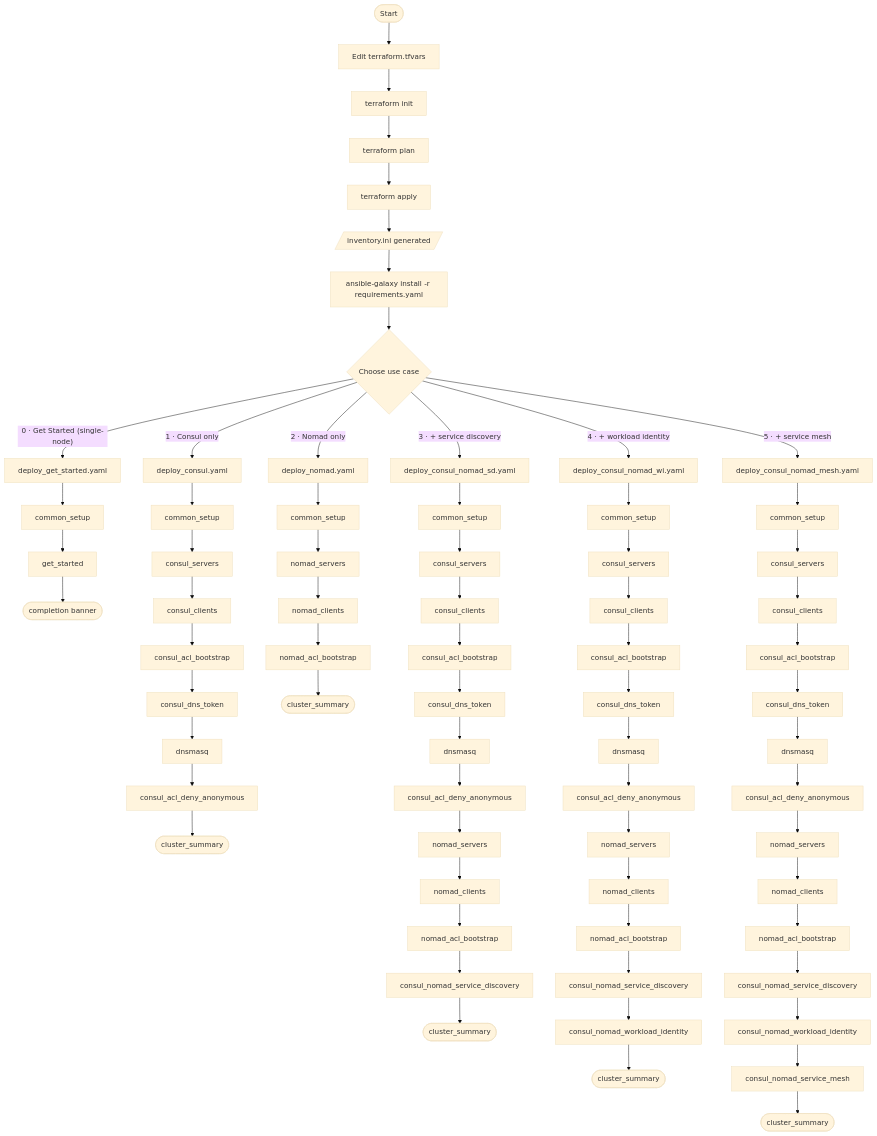
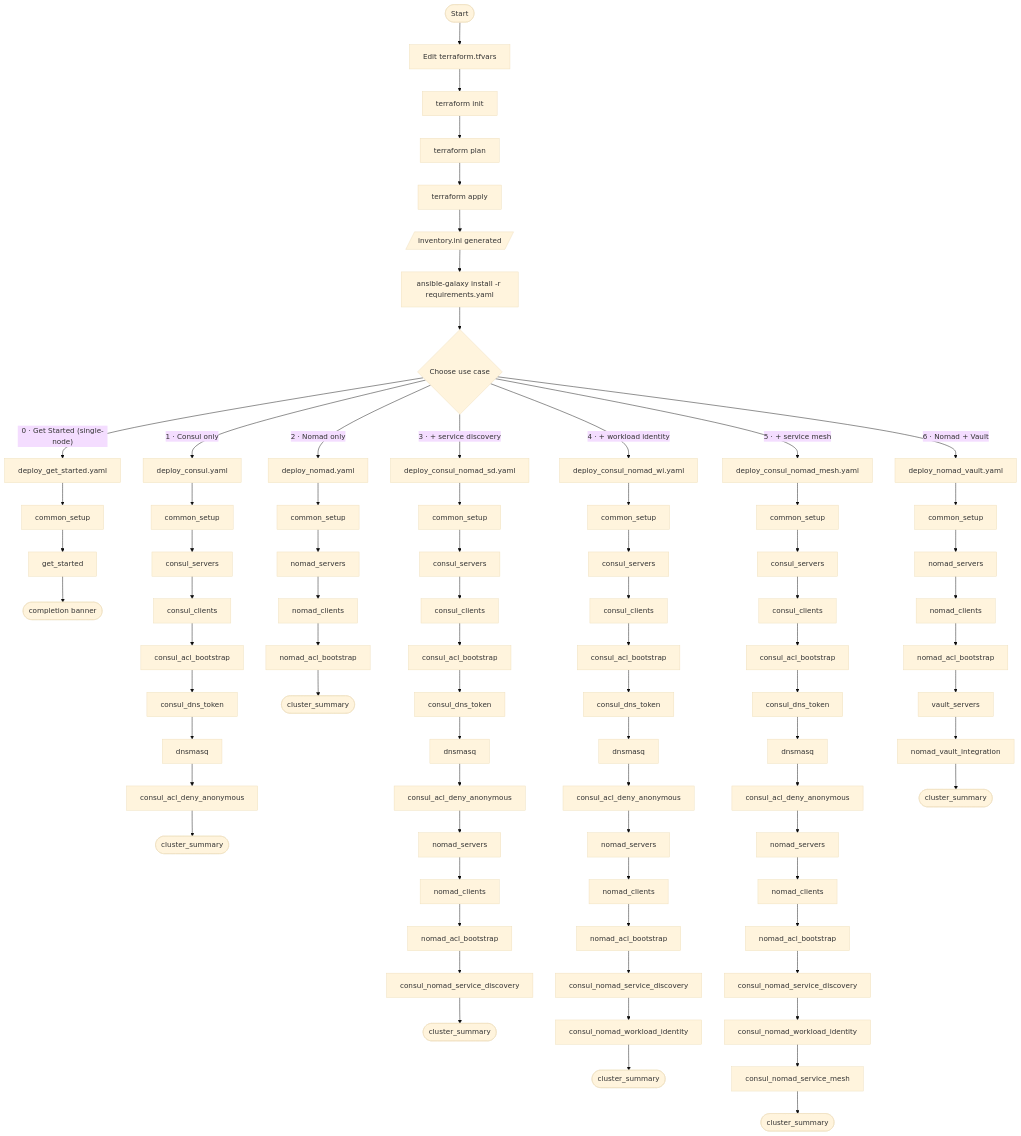
The diagram in DEPLOY_CLUSTER_GUIDE.md (hashicorp-education/nomad-infrastructure), drawn with Mermaid (base theme) before and after one commit. The commit also changed other lines of this file and 30 other files, not shown here.

Commit message:
Phase 2 - Add Vault integration

````diff
--- a/DEPLOY_CLUSTER_GUIDE.md
+++ b/DEPLOY_CLUSTER_GUIDE.md
@@ -29,6 +29,7 @@
     PICK -->|"3 · + service discovery"| UC3[deploy_consul_nomad_sd.yaml]
     PICK -->|"4 · + workload identity"| UC4[deploy_consul_nomad_wi.yaml]
     PICK -->|"5 · + service mesh"| UC5[deploy_consul_nomad_mesh.yaml]
+    PICK -->|"6 · Nomad + Vault"| UC6[deploy_nomad_vault.yaml]
 
     UC0 --> P0A[common_setup]
     P0A --> P0B[get_started]
@@ -90,4 +91,12 @@
     P5K --> P5L[consul_nomad_workload_identity]
     P5L --> P5M[consul_nomad_service_mesh]
     P5M --> P5Z([cluster_summary])
+
+    UC6 --> P6A[common_setup]
+    P6A --> P6B[nomad_servers]
+    P6B --> P6C[nomad_clients]
+    P6C --> P6D[nomad_acl_bootstrap]
+    P6D --> P6E[vault_servers]
+    P6E --> P6F[nomad_vault_integration]
+    P6F --> P6Z([cluster_summary])
 ```
````
